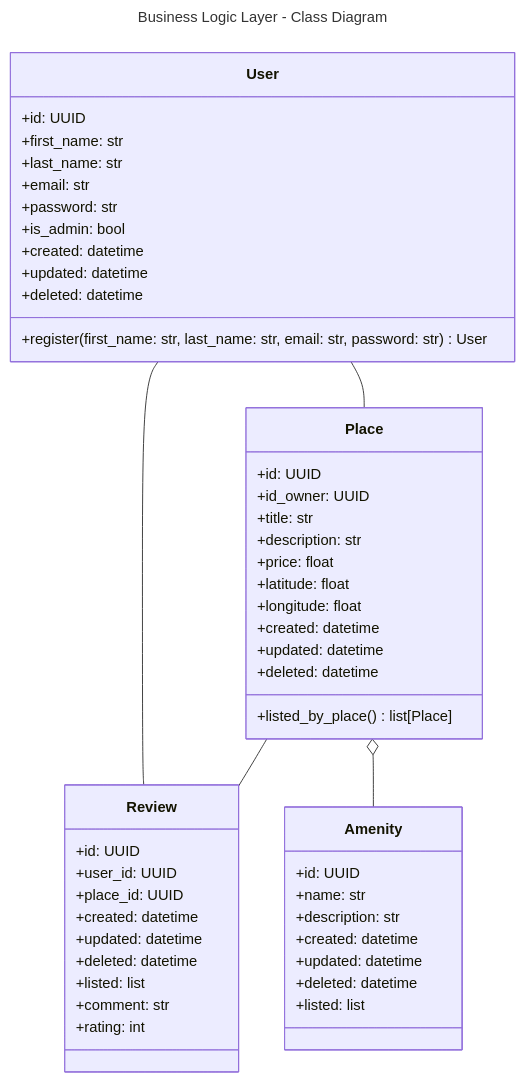
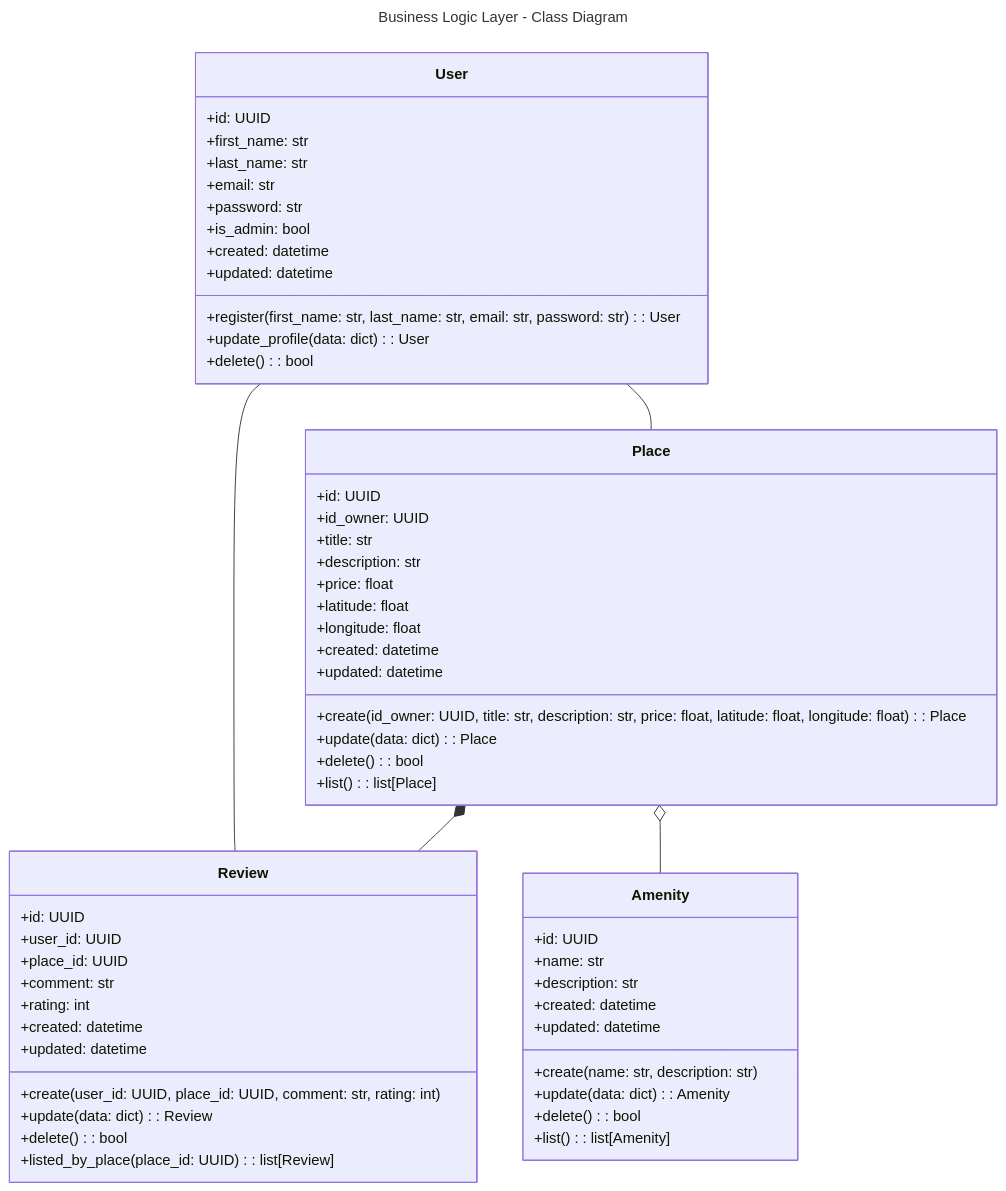
Before and after one commit to laetitiagrondin/holbertonschool-hbnb: the diagram in part1/Detailed_Class_Diagram.md, drawn with Mermaid.

Commit message:
Added methods, changed attributes into methods

````diff
--- a/part1/Detailed_Class_Diagram.md
+++ b/part1/Detailed_Class_Diagram.md
@@ -1,56 +1,63 @@
 ```mermaid
 ---
 title: Business Logic Layer - Class Diagram
 ---
 classDiagram
 class User {
     +id: UUID
     +first_name: str
     +last_name: str
     +email: str
     +password: str
     +is_admin: bool
     +created: datetime
     +updated: datetime
-    +deleted: datetime
-    +register(first_name: str, last_name: str, email: str, password: str) User
+    +register(first_name: str, last_name: str, email: str, password: str): User
+    +update_profile(data: dict): User
+    +delete(): bool
 }
 class Place {
     +id: UUID
     +id_owner: UUID
     +title: str
     +description: str
     +price: float
     +latitude: float
     +longitude: float
     +created: datetime
     +updated: datetime
-    +deleted: datetime
-    +listed_by_place() list[Place]
+    +create(id_owner: UUID, title: str, description: str, price: float, latitude: float, longitude: float): Place
+    +update(data: dict): Place
+    +delete(): bool
+    +list(): list[Place]
 }
 class Review {
     +id: UUID
     +user_id: UUID
     +place_id: UUID
+    +comment: str
+    +rating: int
     +created: datetime
     +updated: datetime
-    +deleted: datetime
-    +listed: list
-    +comment: str
-    +rating: int
+    +create(user_id: UUID, place_id: UUID, comment: str, rating: int)
+    +update(data: dict): Review
+    +delete(): bool
+    +listed_by_place(place_id: UUID): list[Review]
 }
 class Amenity {
     +id: UUID
     +name: str
     +description: str
     +created: datetime
     +updated: datetime
-    +deleted: datetime
-    +listed: list
+    +create(name: str, description: str)
+    +update(data: dict): Amenity
+    +delete(): bool
+    +list(): list[Amenity]
 }
 
 User -- Place
 User -- Review
-Place -- Review
+Place *-- Review
 Place o-- Amenity
 ```
````
